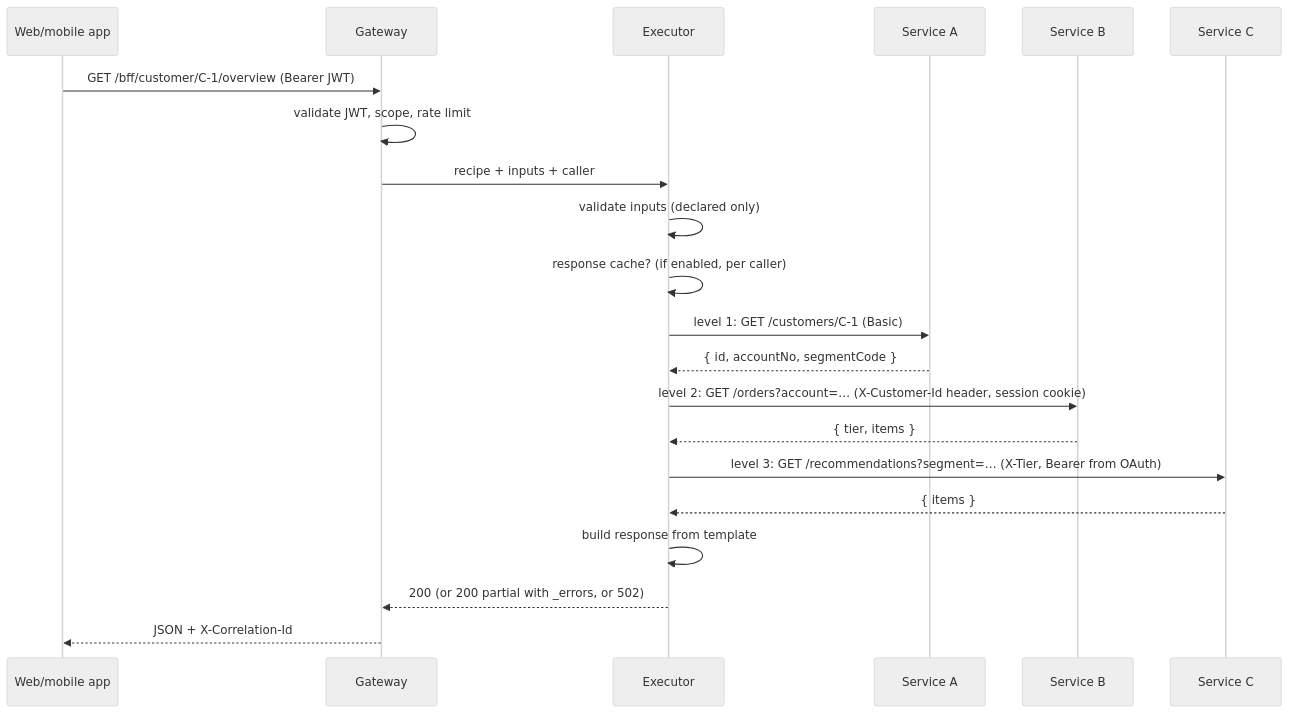
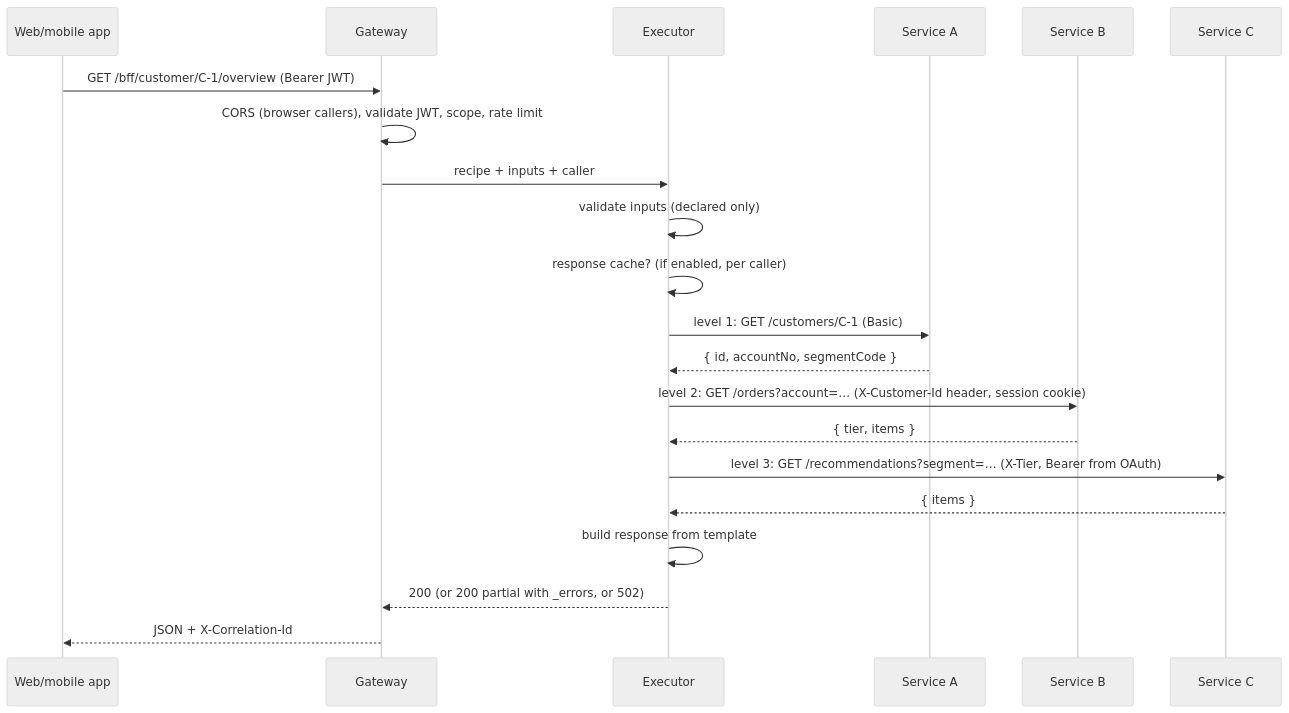
The second of 2 diagrams in docs/architecture/01-overview.md (chathudan/api-aggregateerror), drawn with Mermaid (neutral theme) before and after one commit. The commit also changed 64 other files, not shown here.

````diff
--- a/docs/architecture/01-overview.md
+++ b/docs/architecture/01-overview.md
@@ -83,24 +83,24 @@
 ```mermaid
 sequenceDiagram
     participant App as Web/mobile app
     participant GW as Gateway
     participant EX as Executor
     participant A as Service A
     participant B as Service B
     participant C as Service C
 
     App->>GW: GET /bff/customer/C-1/overview (Bearer JWT)
-    GW->>GW: validate JWT, scope, rate limit
+    GW->>GW: CORS (browser callers), validate JWT, scope, rate limit
     GW->>EX: recipe + inputs + caller
     EX->>EX: validate inputs (declared only)
     EX->>EX: response cache? (if enabled, per caller)
     EX->>A: level 1: GET /customers/C-1 (Basic)
     A-->>EX: { id, accountNo, segmentCode }
     EX->>B: level 2: GET /orders?account=… (X-Customer-Id header, session cookie)
     B-->>EX: { tier, items }
     EX->>C: level 3: GET /recommendations?segment=… (X-Tier, Bearer from OAuth)
     C-->>EX: { items }
     EX->>EX: build response from template
     EX-->>GW: 200 (or 200 partial with _errors, or 502)
     GW-->>App: JSON + X-Correlation-Id
 ```
````
